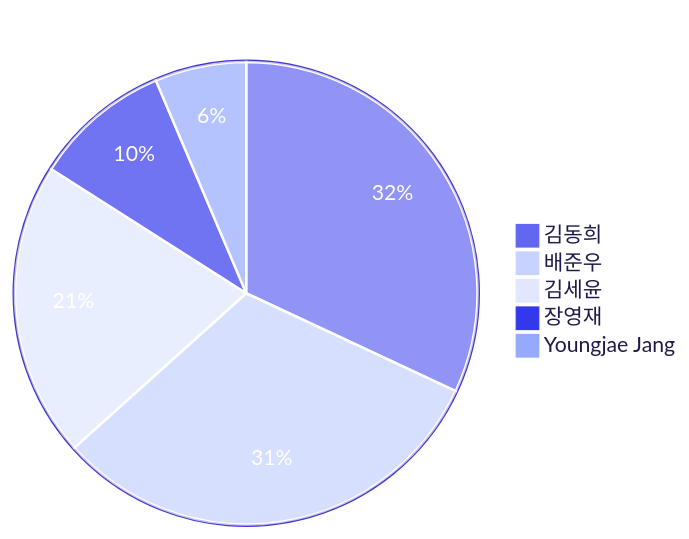
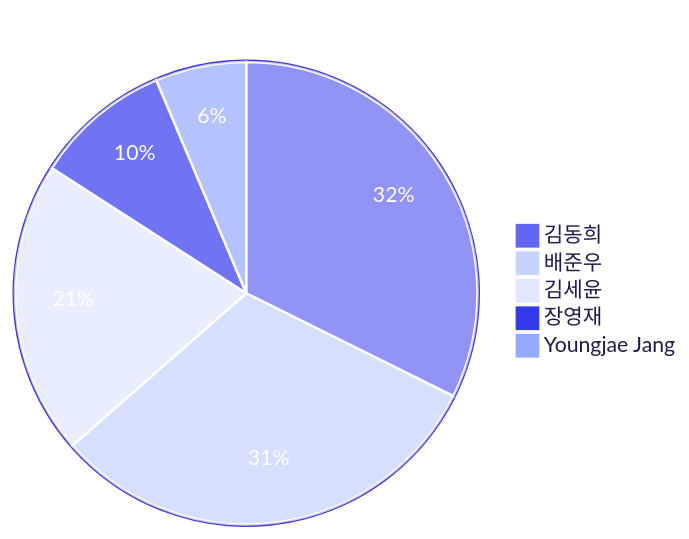
The third of 4 diagrams in README.md (3rd-project-team-1/ALYAC-market-team1), drawn with Mermaid before and after one commit. The commit also changed other lines of this file, not shown here.

````diff
--- a/README.md
+++ b/README.md
@@ -414,18 +414,18 @@
 ```mermaid
 %%{init: { 'theme': 'base', 'themeVariables': {
   'primaryColor': '#6366f1',
   'primaryTextColor': '#ffffff',
   'primaryBorderColor': '#4338ca',
   'secondaryColor': '#c7d2fe',
   'tertiaryColor': '#e0e7ff',
   'pieLegendTextColor': '#1e1b4b',
   'pieStrokeColor': '#ffffff',
   'pieOuterStrokeColor': '#4338ca'
 } } }%%
 pie title 기여자별 커밋 수
-  "김동희" : 170
+  "김동희" : 173
   "배준우" : 167
   "김세윤" : 110
   "장영재" : 51
   "Youngjae Jang" : 34
 ```
````
